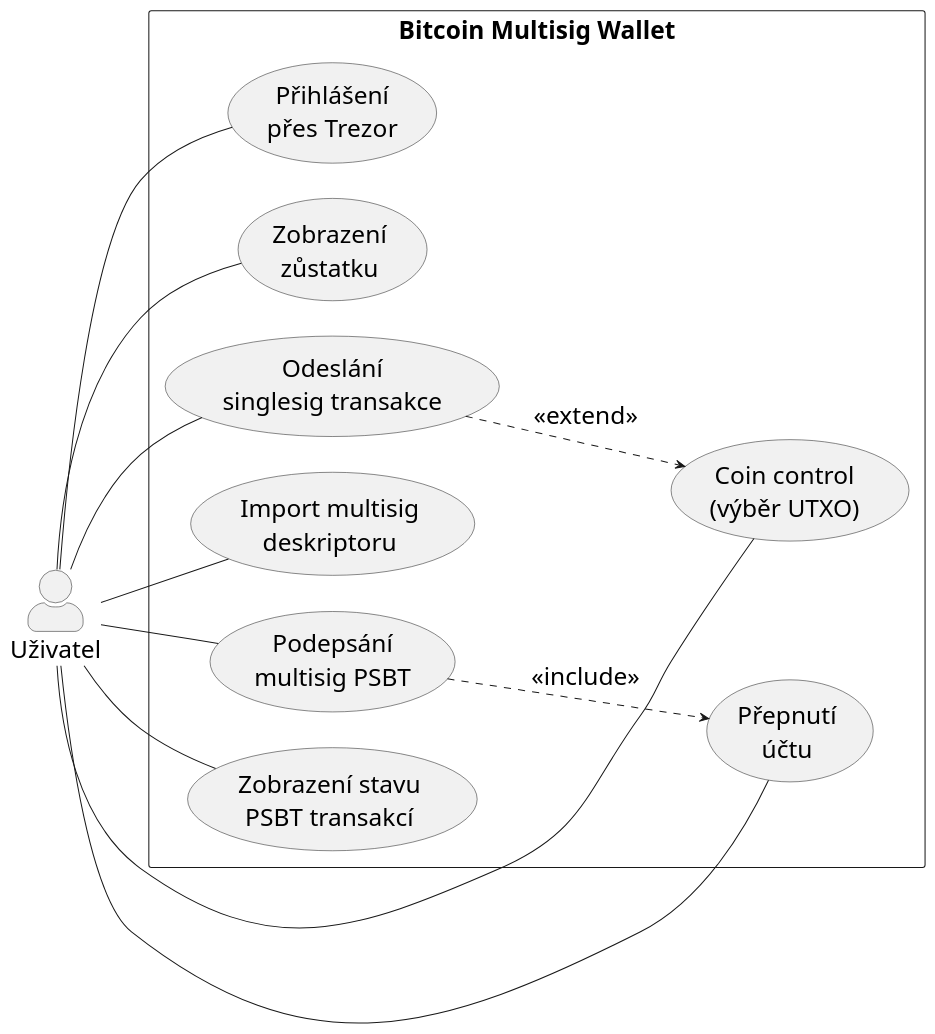
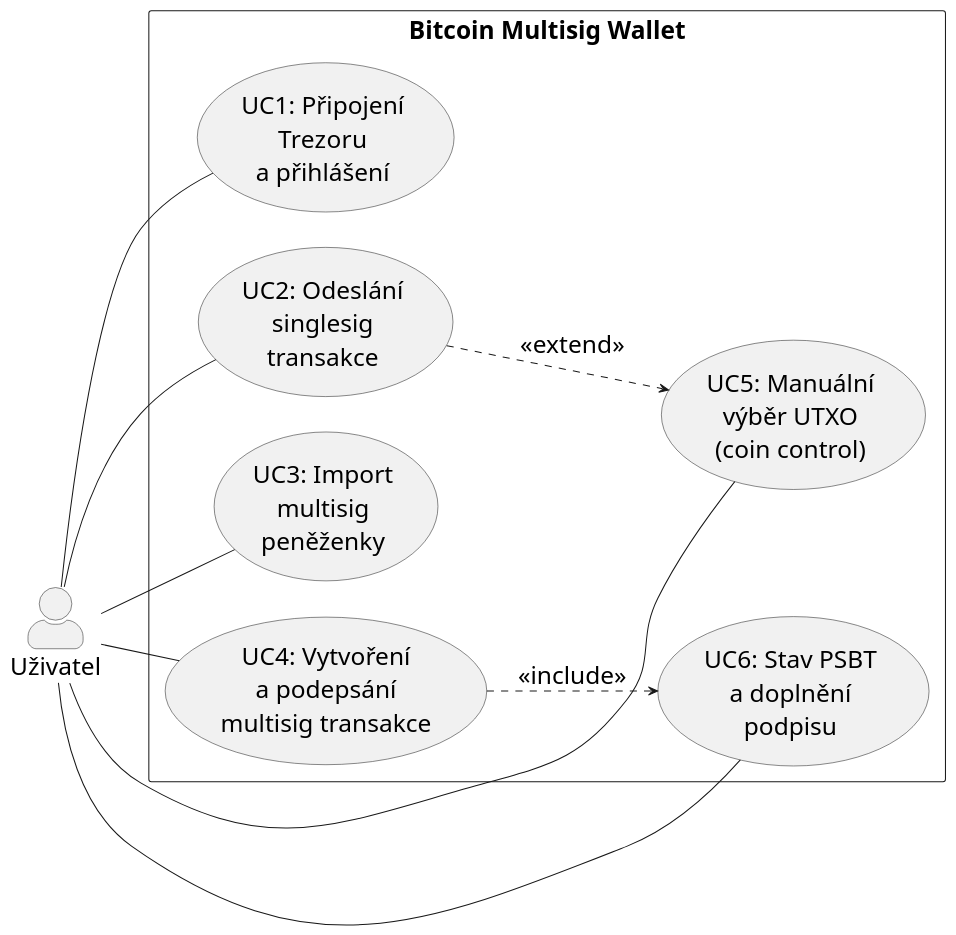
Before and after one commit to Majny/bitcoin-multisig-wallet: the diagram in DOCS/thesis/img/use-case.puml, drawn with PlantUML. The commit also changed 19 other files, not shown here.

Commit message:
[docs] refresh thesis diagram

```diff
--- a/DOCS/thesis/img/use-case.puml
+++ b/DOCS/thesis/img/use-case.puml
@@ -1,34 +1,30 @@
 @startuml
 skinparam backgroundColor white
 skinparam defaultFontSize 24
 skinparam shadowing false
 skinparam actorStyle awesome
 
 left to right direction
 
 actor "Uživatel" as user
 
 rectangle "Bitcoin Multisig Wallet" {
-  usecase "Přihlášení\npřes Trezor" as UC1
-  usecase "Zobrazení\nzůstatku" as UC2
-  usecase "Odeslání\nsinglesig transakce" as UC3
-  usecase "Import multisig\ndeskriptoru" as UC4
-  usecase "Podepsání\nmultisig PSBT" as UC5
-  usecase "Coin control\n(výběr UTXO)" as UC6
-  usecase "Zobrazení stavu\nPSBT transakcí" as UC7
-  usecase "Přepnutí\núčtu" as UC8
+  usecase "UC1: Připojení\nTrezoru\na přihlášení" as UC1
+  usecase "UC2: Odeslání\nsinglesig\ntransakce" as UC2
+  usecase "UC3: Import\nmultisig\npeněženky" as UC3
+  usecase "UC4: Vytvoření\na podepsání\nmultisig transakce" as UC4
+  usecase "UC5: Manuální\nvýběr UTXO\n(coin control)" as UC5
+  usecase "UC6: Stav PSBT\na doplnění\npodpisu" as UC6
 }
 
 user -- UC1
 user -- UC2
 user -- UC3
 user -- UC4
 user -- UC5
 user -- UC6
-user -- UC7
-user -- UC8
 
-UC3 ..> UC6 : <<extend>>
-UC5 ..> UC8 : <<include>>
+UC2 ..> UC5 : <<extend>>
+UC4 ..> UC6 : <<include>>
 
 @enduml
```
